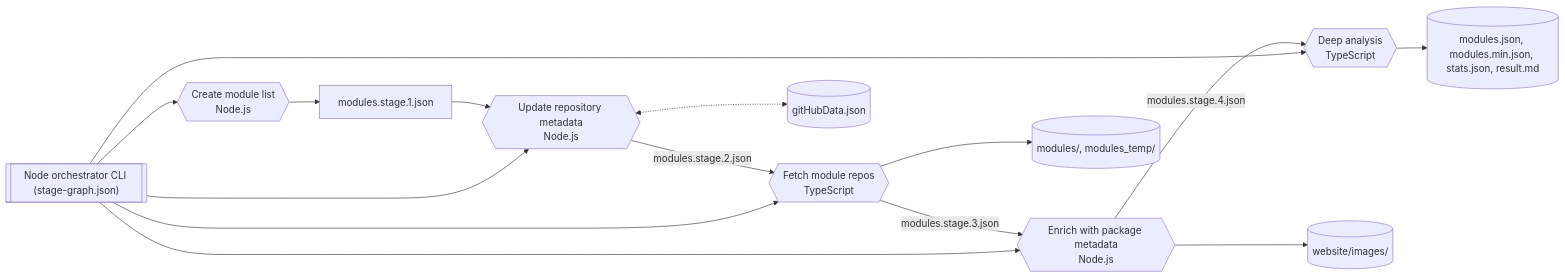
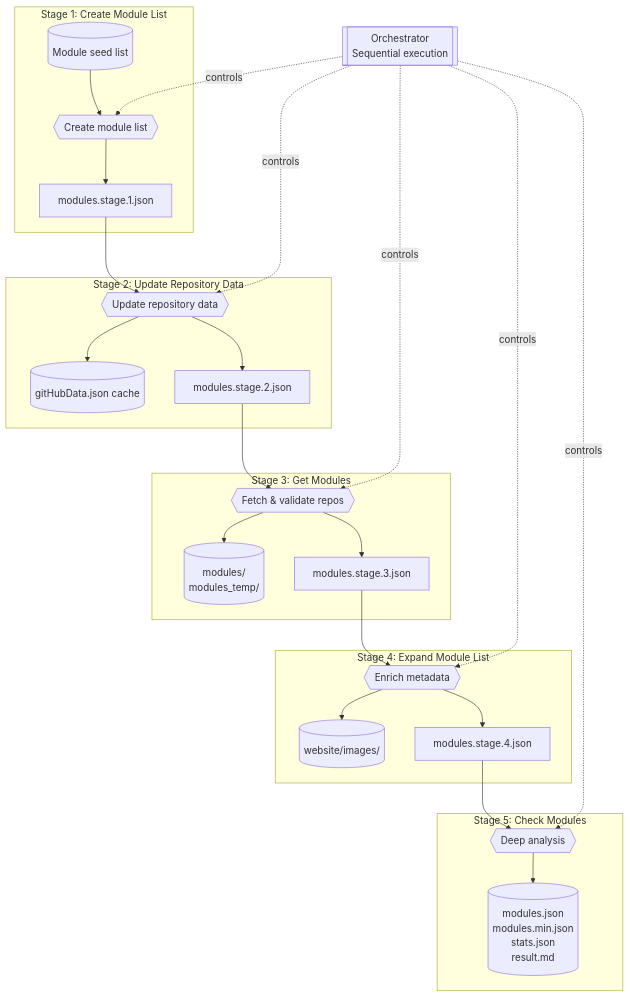
Before and after one commit to KristjanESPERANTO/MagicMirror-3rd-Party-Modules: the first of 4 diagrams in docs/architecture.md, drawn with Mermaid. The commit also changed other lines of this file and 1 other file, not shown here.

Commit message:
docs: update architecture vision with 3-phase streaming target state

````diff
--- a/docs/architecture.md
+++ b/docs/architecture.md
@@ -21,19 +21,38 @@
 ```mermaid
-flowchart LR
-  orchestrator[["Node orchestrator CLI (stage-graph.json)"]]
-  orchestrator --> create{{"Create module list<br>Node.js"}}
-  orchestrator --> update{{"Update repository metadata<br>Node.js"}}
-  orchestrator --> fetch{{"Fetch module repos<br>TypeScript"}}
-  orchestrator --> enrich{{"Enrich with package metadata<br>Node.js"}}
-  orchestrator --> checkts{{"Deep analysis<br>TypeScript"}}
+flowchart TB
+  orchestrator[[Orchestrator<br>Sequential execution]]
 
-  create --> stage1["modules.stage.1.json"]
-  stage1 --> update
-  update -- "modules.stage.2.json" --> fetch
-  update <-.-> cache[("gitHubData.json")]
-  fetch -- "modules.stage.3.json" --> enrich
-  fetch --> clones[("modules/, modules_temp/")]
-  enrich -- "modules.stage.4.json" --> checkts
-  enrich --> images[("website/images/")]
-  checkts --> outputs[("modules.json, modules.min.json, stats.json, result.md")]
+  subgraph Stage 1: Create Module List
+    seed[("Module seed list")] --> create{{Create module list}}
+    create --> stage1["modules.stage.1.json"]
+  end
+
+  subgraph Stage 2: Update Repository Data
+    stage1 --> update{{Update repository data}}
+    update --> cache[("gitHubData.json cache")]
+    update --> stage2["modules.stage.2.json"]
+  end
+
+  subgraph Stage 3: Get Modules
+    stage2 --> fetch{{Fetch & validate repos}}
+    fetch --> clones[("modules/<br>modules_temp/")]
+    fetch --> stage3["modules.stage.3.json"]
+  end
+
+  subgraph Stage 4: Expand Module List
+    stage3 --> enrich{{Enrich metadata}}
+    enrich --> images[("website/images/")]
+    enrich --> stage4["modules.stage.4.json"]
+  end
+
+  subgraph Stage 5: Check Modules
+    stage4 --> analyze{{Deep analysis}}
+    analyze --> outputs[("modules.json<br>modules.min.json<br>stats.json<br>result.md")]
+  end
+
+  orchestrator -.controls.-> create
+  orchestrator -.controls.-> update
+  orchestrator -.controls.-> fetch
+  orchestrator -.controls.-> enrich
+  orchestrator -.controls.-> analyze
 ```
````
